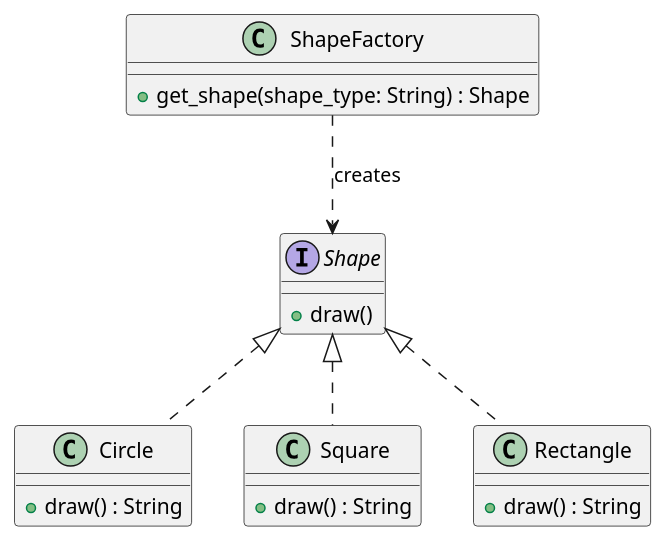
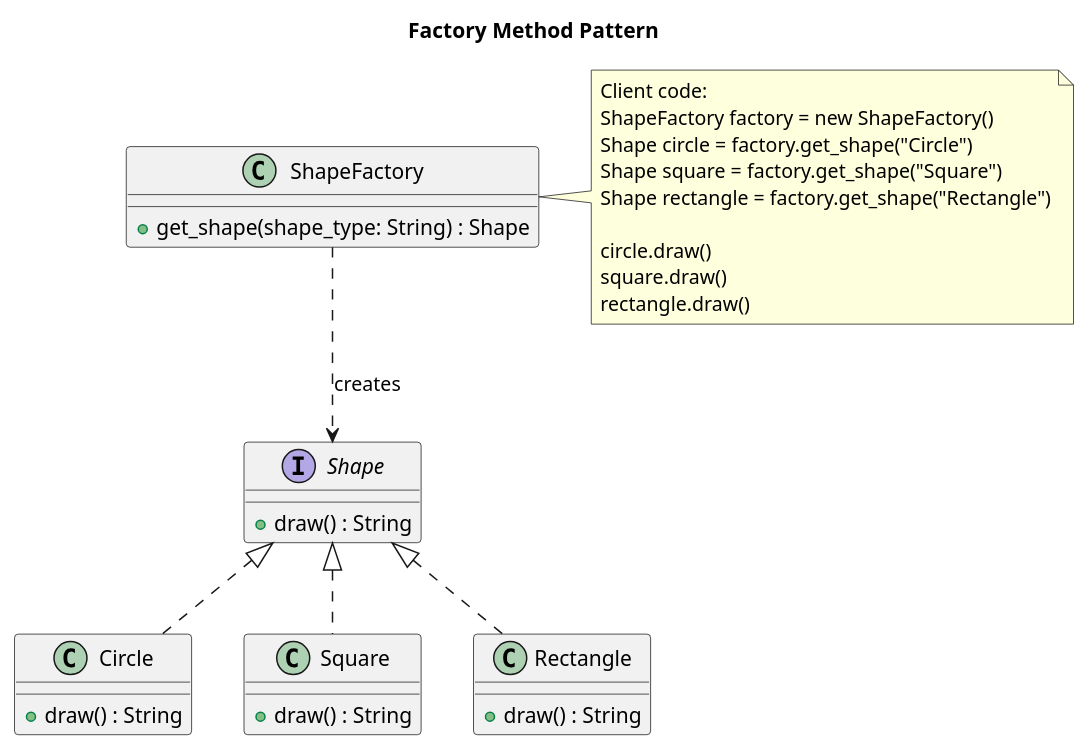
The diagram in class_diagrams/factorymethod.puml (ikvibhav/designpatterns), drawn with PlantUML before and after one commit. The commit also changed 16 other files, not shown here.

```diff
--- a/class_diagrams/factorymethod.puml
+++ b/class_diagrams/factorymethod.puml
@@ -1,29 +1,52 @@
 @startuml
 
+title Factory Method Pattern
+
+' Loosens the coupling between 
+' product construction code and product usage code
+
+' Interface for the product
 interface Shape {
-    +draw()
+    +draw() : String
 }
 
+' Concrete products implementing the Shape interface
 class Circle {
     +draw() : String
 }
 
 class Square {
     +draw() : String
 }
 
 class Rectangle {
     +draw() : String
 }
 
+' Factory class with a method to create objects based on a type
 class ShapeFactory {
     +get_shape(shape_type: String) : Shape
 }
 
+' Circle, Square and Rectangle implement Shape Interface
 Shape <|.. Circle
 Shape <|.. Square
 Shape <|.. Rectangle
 
+' ShapeFactory creates objects that implement Shape Interface
 ShapeFactory ..> Shape : "creates"
 
+' Example of client code using the factory method
+note right of ShapeFactory
+    Client code:
+    ShapeFactory factory = new ShapeFactory()
+    Shape circle = factory.get_shape("Circle")
+    Shape square = factory.get_shape("Square")
+    Shape rectangle = factory.get_shape("Rectangle")
+    
+    circle.draw()
+    square.draw()
+    rectangle.draw()
+end note
+
 @enduml
```
